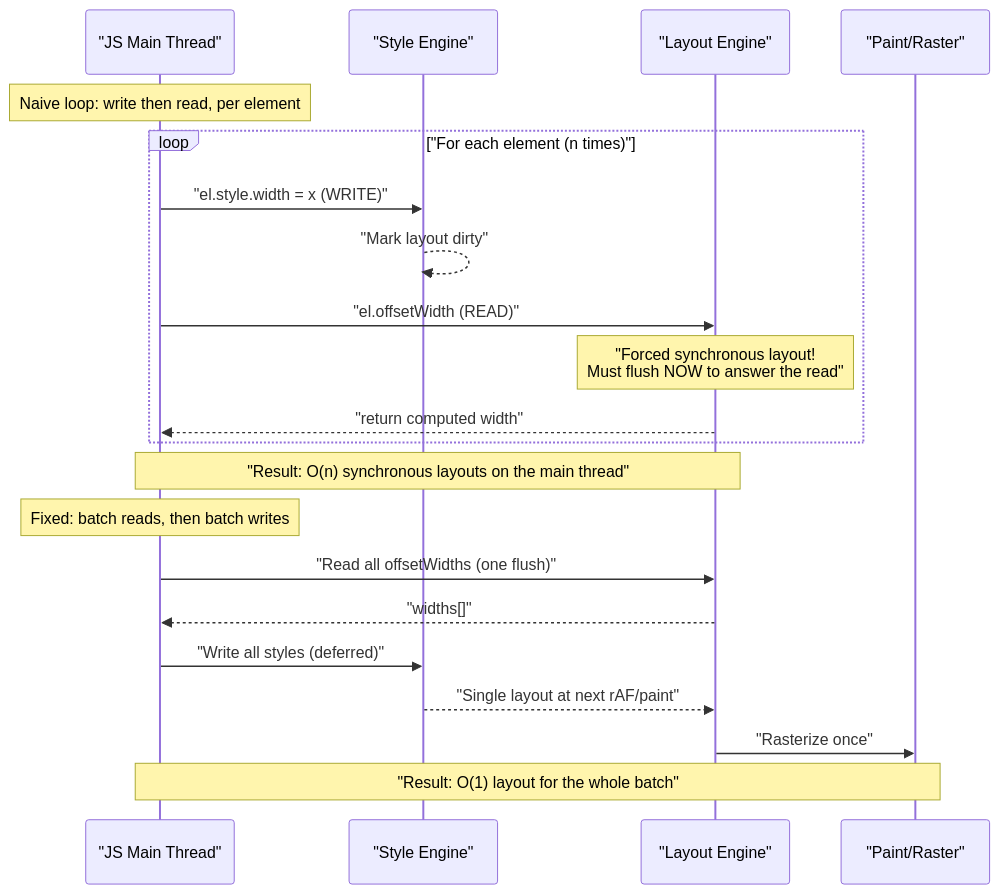
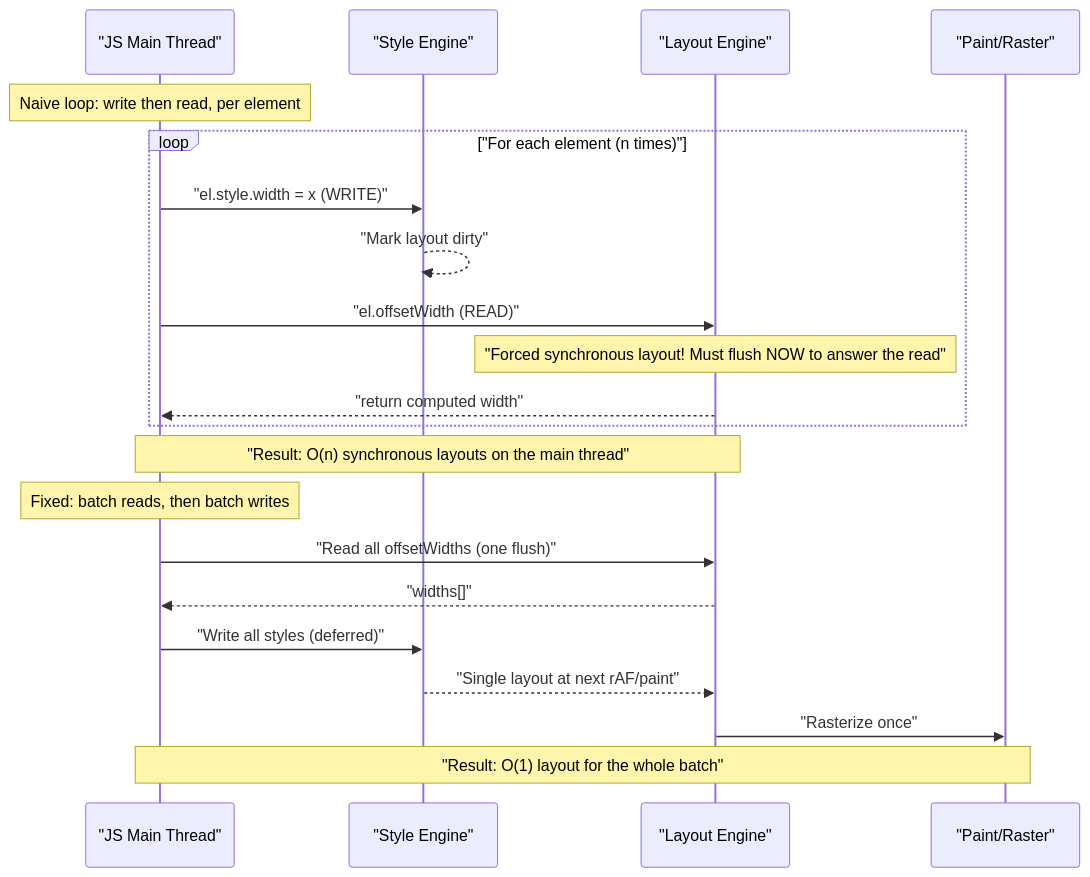
One commit to vinayakhumberi/litmus changed the third of 3 diagrams in data/topics/browser-rendering-pipeline.md. Above: the diagram before and after it, drawn with Mermaid. The commit also changed other lines of this file and 3 other files, not shown here.

````diff
--- a/data/topics/browser-rendering-pipeline.md
+++ b/data/topics/browser-rendering-pipeline.md
@@ -102,25 +176,25 @@
 ```mermaid
 sequenceDiagram
     participant JS as "JS Main Thread"
     participant Style as "Style Engine"
     participant Layout as "Layout Engine"
     participant Paint as "Paint/Raster"
 
     Note over JS: Naive loop: write then read, per element
     loop "For each element (n times)"
         JS->>Style: "el.style.width = x (WRITE)"
         Style-->>Style: "Mark layout dirty"
         JS->>Layout: "el.offsetWidth (READ)"
-        Note over Layout: "Forced synchronous layout!<br>Must flush NOW to answer the read"
+        Note over Layout: "Forced synchronous layout! Must flush NOW to answer the read"
         Layout-->>JS: "return computed width"
     end
     Note over JS,Layout: "Result: O(n) synchronous layouts on the main thread"
 
     Note over JS: Fixed: batch reads, then batch writes
     JS->>Layout: "Read all offsetWidths (one flush)"
     Layout-->>JS: "widths[]"
     JS->>Style: "Write all styles (deferred)"
     Style-->>Layout: "Single layout at next rAF/paint"
     Layout->>Paint: "Rasterize once"
     Note over JS,Paint: "Result: O(1) layout for the whole batch"
 ```
````
